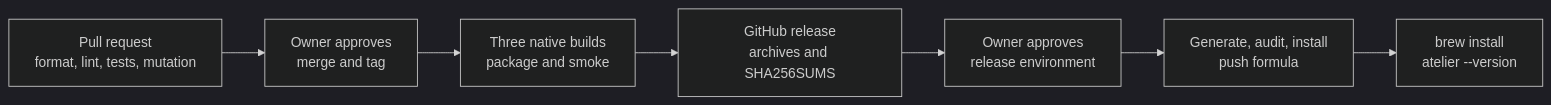
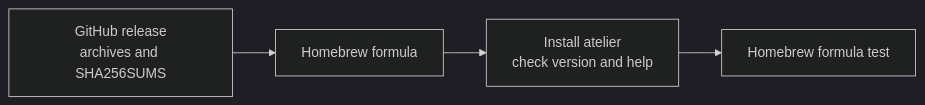
One commit to wrkhse/atelier changed the diagram in docs/plans/slices/slice-0.md. Above: the diagram before and after it, drawn with Mermaid (dark theme). The commit also changed other lines of this file and 7 other files, not shown here.

````diff
--- a/docs/plans/slices/slice-0.md
+++ b/docs/plans/slices/slice-0.md
@@ -16,9 +9,6 @@
 ```mermaid
 flowchart LR
-    PR["Pull request<br/>format, lint, tests, mutation"] --> Merge["Owner approves<br/>merge and tag"]
-    Merge --> Build["Three native builds<br/>package and smoke"]
-    Build --> Release["GitHub release<br/>archives and SHA256SUMS"]
-    Release --> Approval["Owner approves<br/>release environment"]
-    Approval --> Tap["Generate, audit, install<br/>push formula"]
-    Tap --> Install["brew install<br/>atelier --version"]
+    Release["GitHub release<br/>archives and SHA256SUMS"] --> Tap["Homebrew formula"]
+    Tap --> Install["Install atelier<br/>check version and help"]
+    Install --> Test["Homebrew formula test"]
 ```
````
